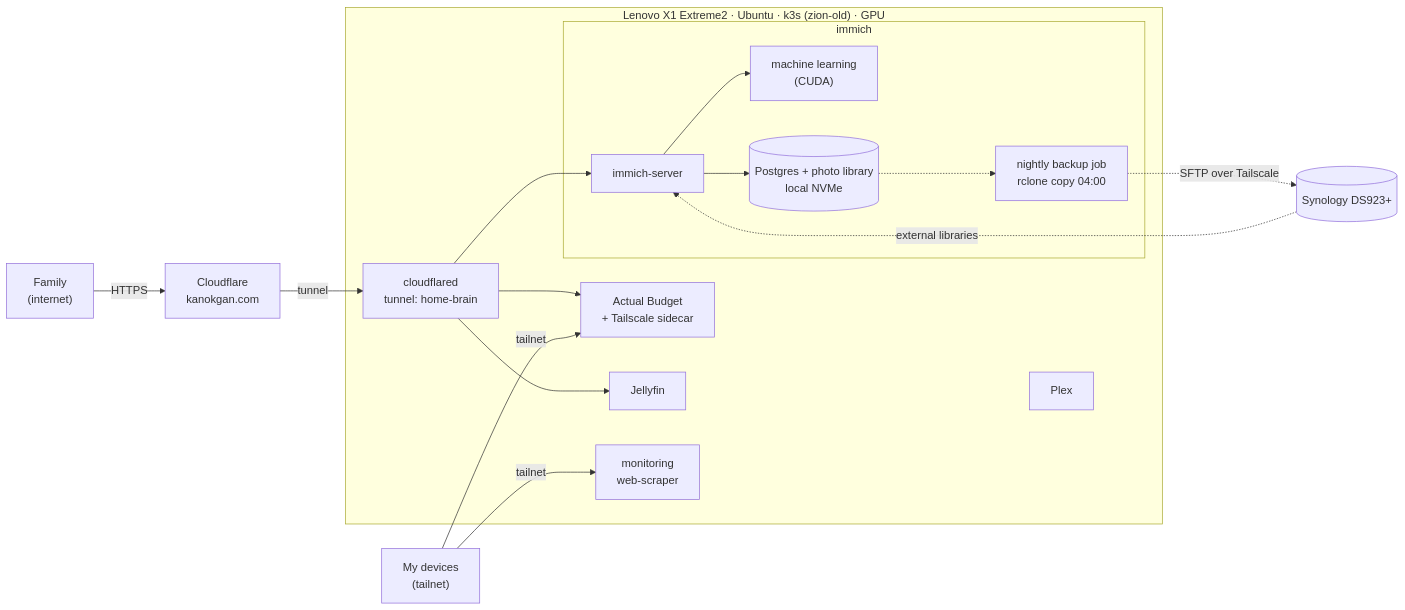
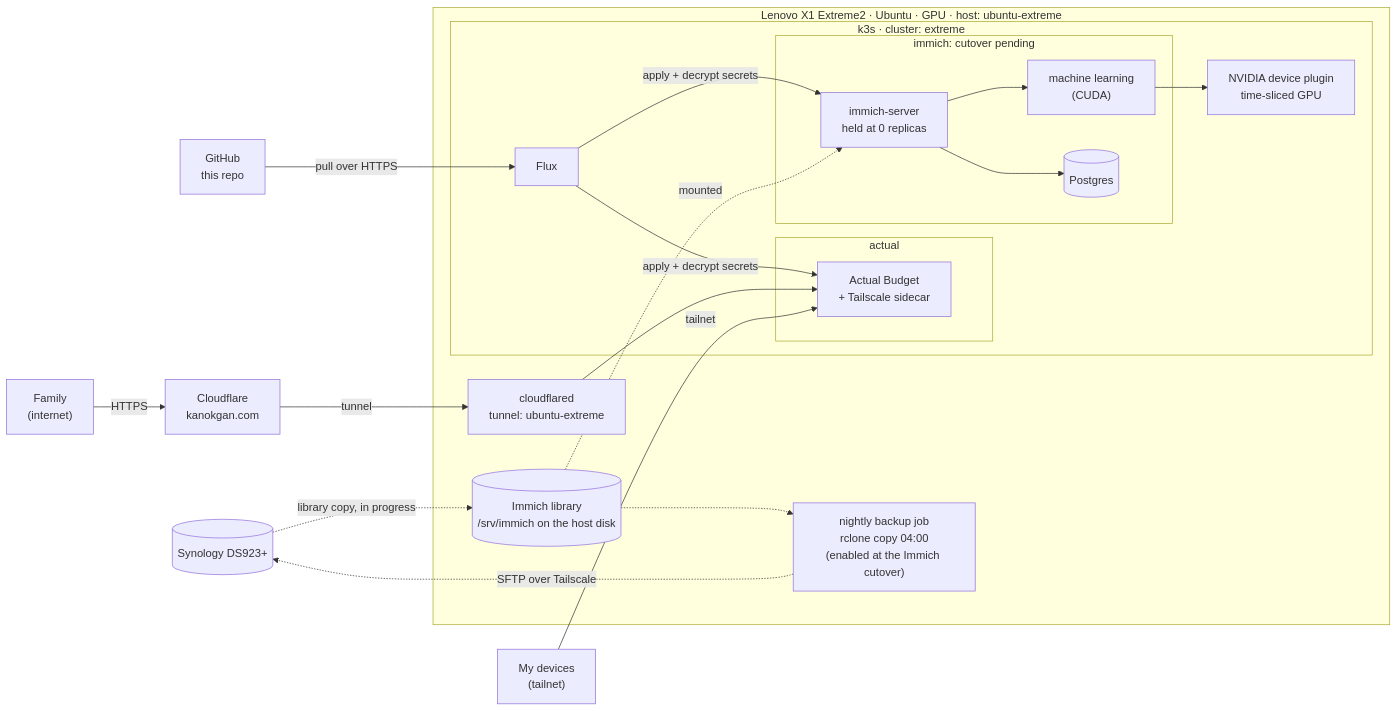
Before and after one commit to kanokgan/zion: the first of 2 diagrams in README.md, drawn with Mermaid. The commit also changed other lines of this file and 7 other files, not shown here.

Commit message:
docs: describe the rebuilt Lenovo (extreme), drop zion-old

````diff
--- a/README.md
+++ b/README.md
@@ -25,33 +27,40 @@
 ```mermaid
 flowchart LR
+  gh["GitHub<br/>this repo"]
   internet["Family<br/>(internet)"]
   me["My devices<br/>(tailnet)"]
   cf["Cloudflare<br/>kanokgan.com"]
   nas[("Synology DS923+")]
 
-  subgraph lenovo["Lenovo X1 Extreme2 · Ubuntu · k3s (zion-old) · GPU"]
-    cfd["cloudflared<br/>tunnel: home-brain"]
-    subgraph immichns["immich"]
-      imsrv["immich-server"]
-      imml["machine learning<br/>(CUDA)"]
-      imdata[("Postgres + photo library<br/>local NVMe")]
-      imsync["nightly backup job<br/>rclone copy 04:00"]
+  subgraph lenovo["Lenovo X1 Extreme2 · Ubuntu · GPU · host: ubuntu-extreme"]
+    cfd["cloudflared<br/>tunnel: ubuntu-extreme"]
+    lib[("Immich library<br/>/srv/immich on the host disk")]
+    bk["nightly backup job<br/>rclone copy 04:00<br/>(enabled at the Immich cutover)"]
+    subgraph k3s["k3s · cluster: extreme"]
+      flux["Flux"]
+      gpu["NVIDIA device plugin<br/>time-sliced GPU"]
+      subgraph actualns["actual"]
+        actual["Actual Budget<br/>+ Tailscale sidecar"]
+      end
+      subgraph immichns["immich: cutover pending"]
+        imsrv["immich-server<br/>held at 0 replicas"]
+        imml["machine learning<br/>(CUDA)"]
+        impg[("Postgres")]
+      end
     end
-    actual["Actual Budget<br/>+ Tailscale sidecar"]
-    jf["Jellyfin"]
-    plex["Plex"]
-    other["monitoring<br/>web-scraper"]
   end
 
+  gh -->|pull over HTTPS| flux
+  flux -->|apply + decrypt secrets| actual
+  flux -->|apply + decrypt secrets| imsrv
   internet -->|HTTPS| cf -->|tunnel| cfd
-  cfd --> imsrv
   cfd --> actual
-  cfd --> jf
   me -->|tailnet| actual
-  me -->|tailnet| other
   imsrv --> imml
-  imsrv --> imdata
-  imdata -.-> imsync
-  imsync -.->|SFTP over Tailscale| nas
-  nas -.->|external libraries| imsrv
+  imsrv --> impg
+  imml --> gpu
+  lib -.->|mounted| imsrv
+  nas -.->|library copy, in progress| lib
+  lib -.-> bk
+  bk -.->|SFTP over Tailscale| nas
 ```
````
